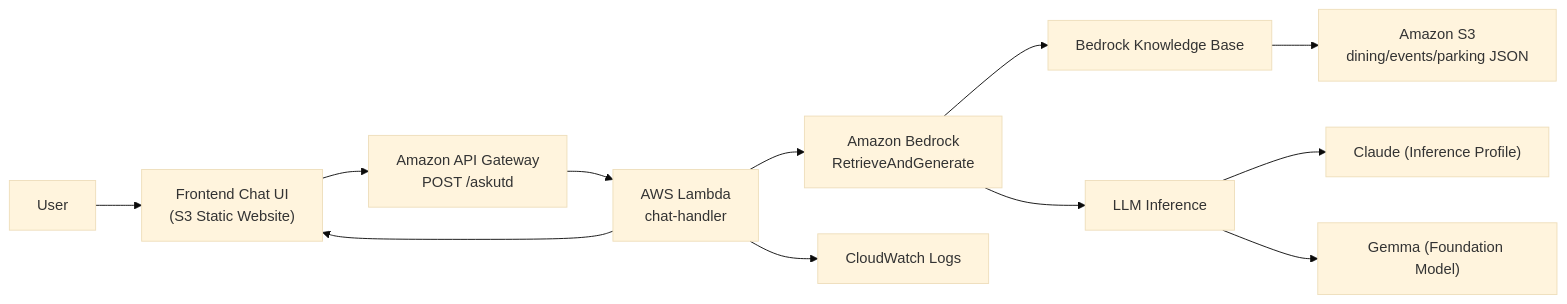
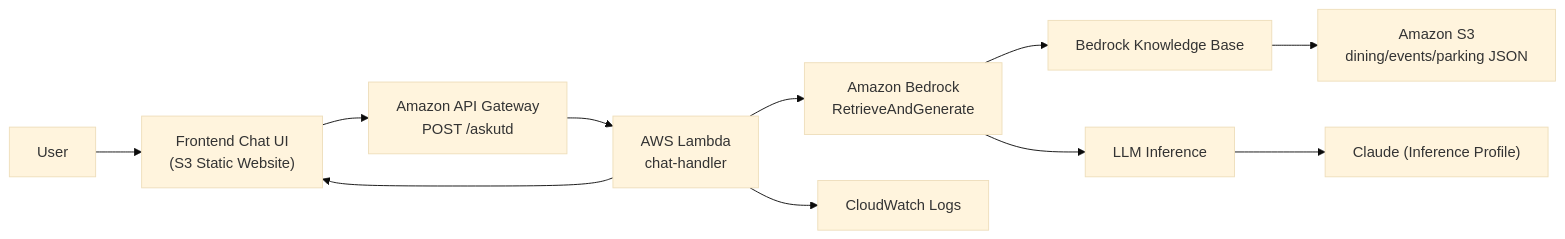
Before and after one commit to PAT-07/utd-campus-assistant: the diagram in docs/architecture-diagram.md, drawn with Mermaid (base theme).

Commit message:
Fixed Architecture diagram

````diff
--- a/docs/architecture-diagram.md
+++ b/docs/architecture-diagram.md
@@ -17,14 +17,13 @@
 ```mermaid
 flowchart LR
     A["User"] --> B["Frontend Chat UI<br/>(S3 Static Website)"]
     B --> C["Amazon API Gateway<br/>POST /askutd"]
     C --> D["AWS Lambda<br/>chat-handler"]
     D --> E["Amazon Bedrock<br/>RetrieveAndGenerate"]
     E --> F["Bedrock Knowledge Base"]
     F --> G["Amazon S3<br/>dining/events/parking JSON"]
     E --> H["LLM Inference"]
     H --> H1["Claude (Inference Profile)"]
-    H --> H2["Gemma (Foundation Model)"]
     D --> I["CloudWatch Logs"]
     D --> B
 ```
````
